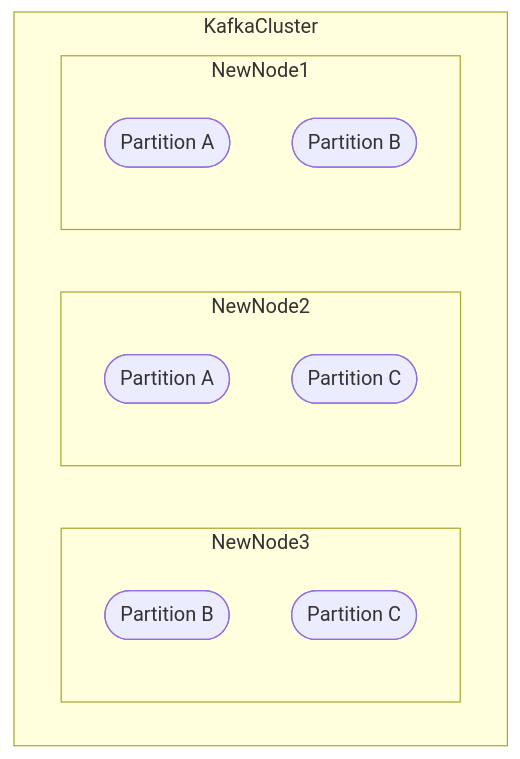
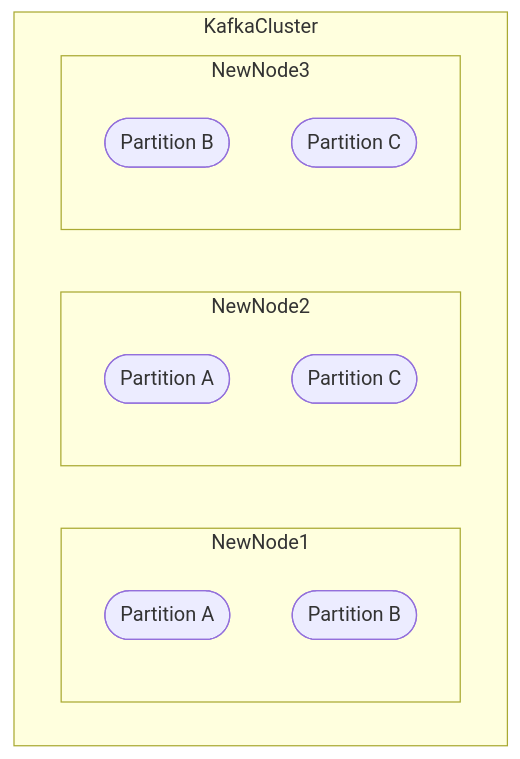
Before and after one commit to aiven/devportal: the third of 3 diagrams in docs/products/kafka/concepts/upgrade-procedure.rst, drawn with Mermaid. The commit also changed other lines of this file and 1 other file, not shown here.

```diff
--- a/docs/products/kafka/concepts/upgrade-procedure.rst
+++ b/docs/products/kafka/concepts/upgrade-procedure.rst
@@ -196,18 +103,18 @@
 .. mermaid::
 
     flowchart TD;
 
         subgraph KafkaCluster
-            subgraph NewNode3
-                PartitionNewB1([Partition B])
-                PartitionNewC1([Partition C])
+            subgraph NewNode1
+                PartitionNewA2([Partition A])
+                PartitionNewB2([Partition B])
             end
             subgraph NewNode2
                 PartitionNewA1([Partition A])
                 PartitionNewC2([Partition C])
             end
-            subgraph NewNode1
-                PartitionNewA2([Partition A])
-                PartitionNewB2([Partition B])
+            subgraph NewNode3
+                PartitionNewB1([Partition B])
+                PartitionNewC1([Partition C])
             end
         end
```
